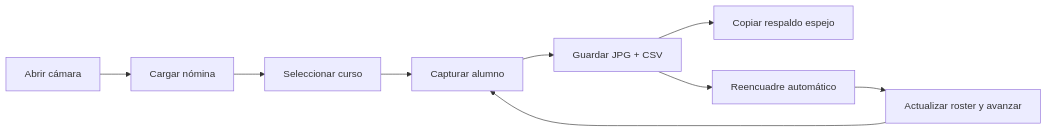
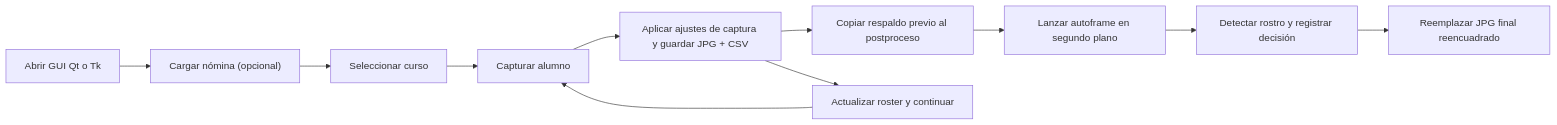
The first of 3 diagrams in README.md (JackStar6677-1/castel-credcam), drawn with Mermaid before and after one commit. The commit also changed other lines of this file, not shown here.

Commit message:
docs: alinea readme con autoframe real

````diff
--- a/README.md
+++ b/README.md
@@ -22,11 +22,13 @@
 ```mermaid
 flowchart LR
-    A["Abrir cámara"] --> B["Cargar nómina"]
+    A["Abrir GUI Qt o Tk"] --> B["Cargar nómina (opcional)"]
     B --> C["Seleccionar curso"]
     C --> D["Capturar alumno"]
-    D --> E["Guardar JPG + CSV"]
-    E --> F["Copiar respaldo espejo"]
-    E --> G["Reencuadre automático"]
-    G --> H["Actualizar roster y avanzar"]
-    H --> D
+    D --> E["Aplicar ajustes de captura y guardar JPG + CSV"]
+    E --> F["Copiar respaldo previo al postproceso"]
+    F --> G["Lanzar autoframe en segundo plano"]
+    G --> H["Detectar rostro y registrar decisión"]
+    H --> I["Reemplazar JPG final reencuadrado"]
+    E --> J["Actualizar roster y continuar"]
+    J --> D
 ```
````
